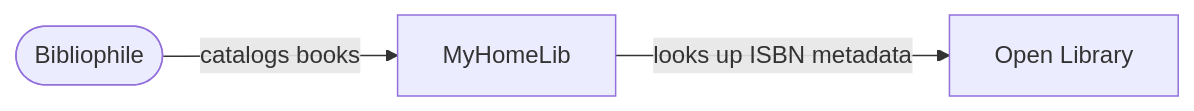
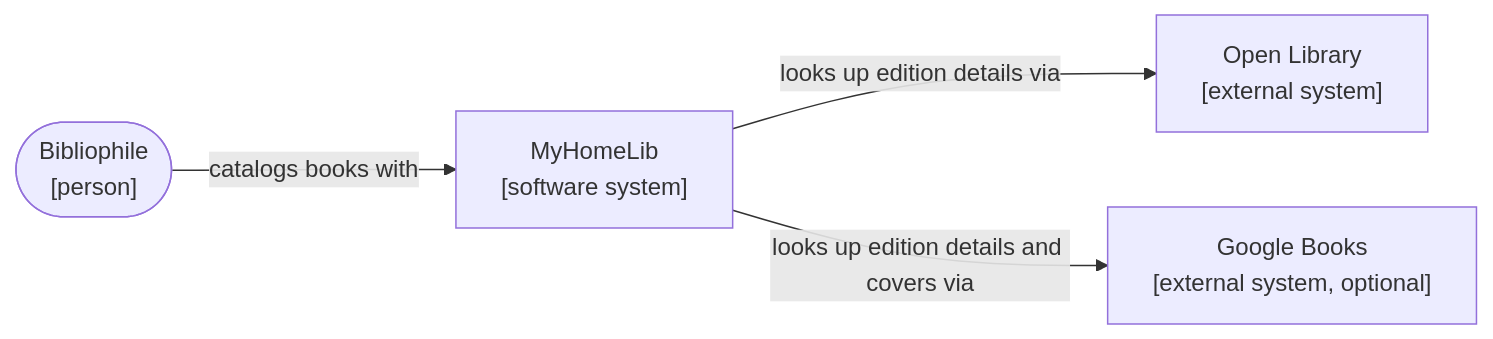
Before and after one commit to ghechavarria/cen5064-project-hechavarria: the first of 6 diagrams in README.md, drawn with Mermaid. The commit also changed other lines of this file and 207 other files, not shown here.

First line of the commit message:
Midterm build: exact-edition lookup, class-based refactor, design system, and SDD v1.0

````diff
--- a/README.md
+++ b/README.md
@@ -40,5 +51,6 @@
 ```mermaid
 flowchart LR
-    user([Bibliophile]) -->|catalogs books| system[MyHomeLib]
-    system -->|looks up ISBN metadata| isbnApi[Open Library]
+    user(["Bibliophile<br/>[person]"]) -->|catalogs books with| system["MyHomeLib<br/>[software system]"]
+    system -->|looks up edition details via| openLibrary["Open Library<br/>[external system]"]
+    system -->|looks up edition details and covers via| google["Google Books<br/>[external system, optional]"]
 ```
````
